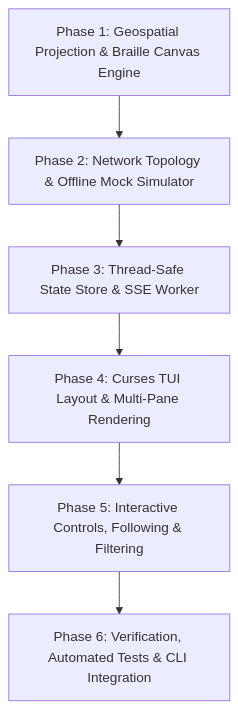
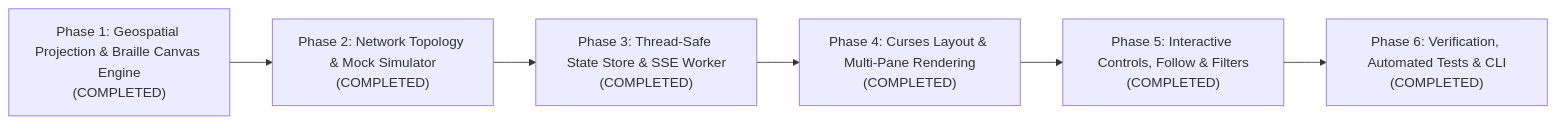
One commit to svagionitis/railmon changed the second of 3 diagrams in docs/plans/core/tui-map-implementation-plan.md. Above: the diagram before and after it, drawn with Mermaid. The commit also changed other lines of this file and 11 other files, not shown here.

First line of the commit message:
feat(cli/tui): add Train Timetable & Intermediate Stop Inspector (railmon schedule & i/I) (F-6.2)

````diff
--- a/docs/plans/core/tui-map-implementation-plan.md
+++ b/docs/plans/core/tui-map-implementation-plan.md
@@ -221,8 +261,8 @@
 ```mermaid
-flowchart TD
-    P1["Phase 1: Geospatial Projection & Braille Canvas Engine"] --> P2["Phase 2: Network Topology & Offline Mock Simulator"]
-    P2 --> P3["Phase 3: Thread-Safe State Store & SSE Worker"]
-    P3 --> P4["Phase 4: Curses TUI Layout & Multi-Pane Rendering"]
-    P4 --> P5["Phase 5: Interactive Controls, Following & Filtering"]
-    P5 --> P6["Phase 6: Verification, Automated Tests & CLI Integration"]
+flowchart LR
+    P1["Phase 1: Geospatial Projection & Braille Canvas Engine<br>(COMPLETED)"] --> P2["Phase 2: Network Topology & Mock Simulator<br>(COMPLETED)"]
+    P2 --> P3["Phase 3: Thread-Safe State Store & SSE Worker<br>(COMPLETED)"]
+    P3 --> P4["Phase 4: Curses Layout & Multi-Pane Rendering<br>(COMPLETED)"]
+    P4 --> P5["Phase 5: Interactive Controls, Follow & Filters<br>(COMPLETED)"]
+    P5 --> P6["Phase 6: Verification, Automated Tests & CLI<br>(COMPLETED)"]
 ```
````
